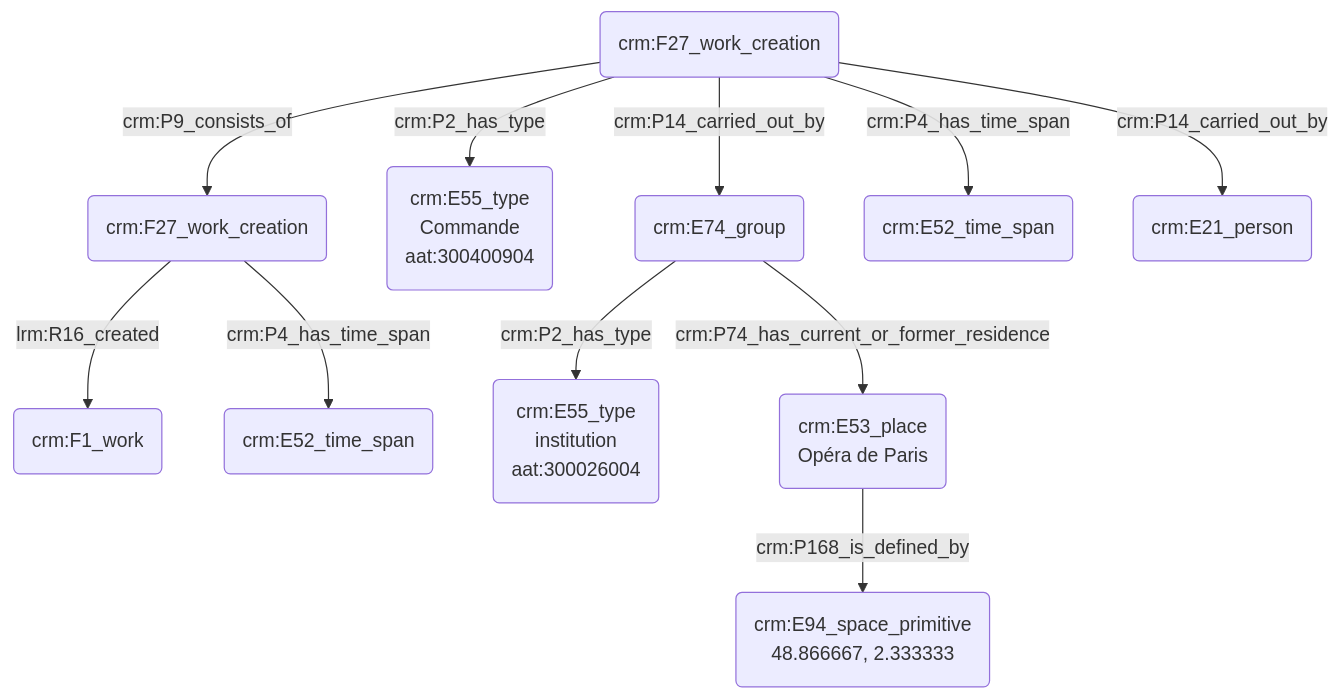
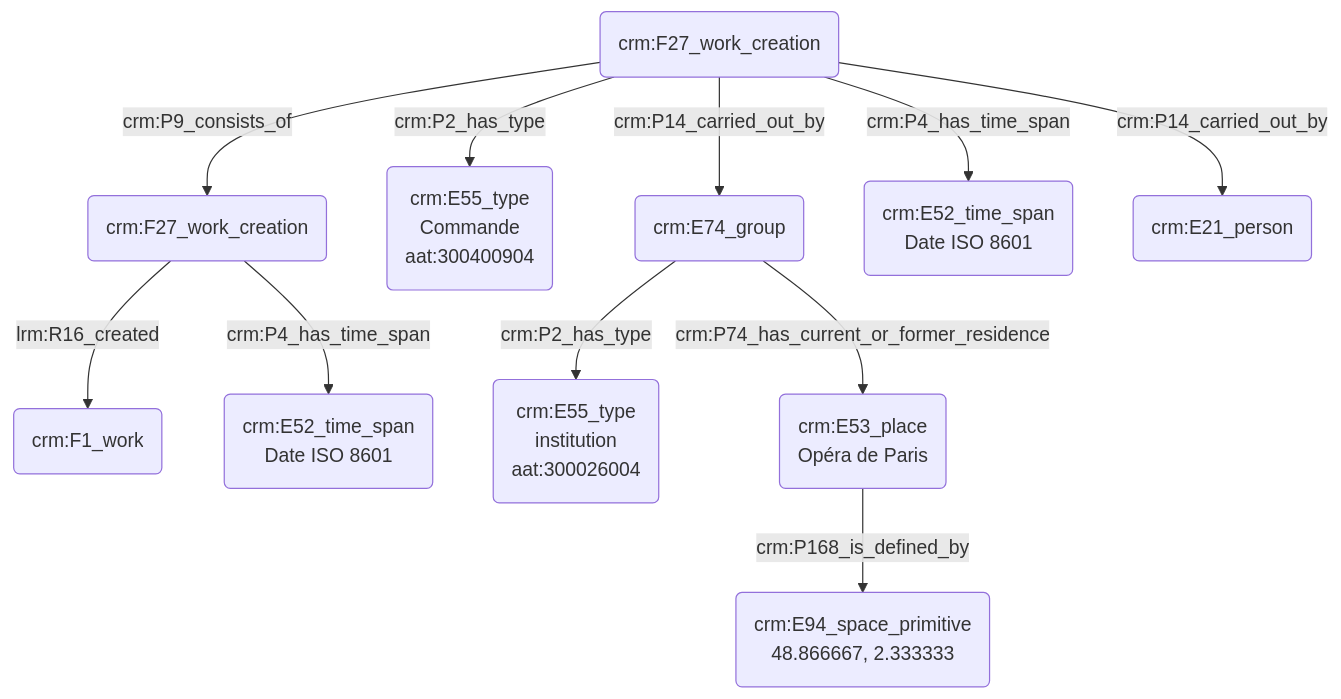
The diagram in modules/livrables/Dossier 2/Indexation conceptuelle/commanditaire d'une œuvre.md (Amleth/consortium-musica2-gt2-ontologies), drawn with Mermaid before and after one commit.

Commit message:
Update commanditaire d'une œuvre.md

````diff
--- a/modules/livrables/Dossier 2/Indexation conceptuelle/commanditaire d'une œuvre.md
+++ b/modules/livrables/Dossier 2/Indexation conceptuelle/commanditaire d'une œuvre.md
@@ -17,18 +17,18 @@
 ```mermaid
 graph TD;
 
 A(crm:F27_work_creation) --> |lrm:R16_created| B(crm:F1_work)
-A(crm:F27_work_creation) --> |crm:P4_has_time_span| J(crm:E52_time_span)
+A(crm:F27_work_creation) --> |crm:P4_has_time_span| J(crm:E52_time_span<br>Date ISO 8601)
 
 C(crm:E7_activity) -->|crm:P9_consists_of| A(crm:F27_work_creation)
 C(crm:E7_activity) --> |crm:P2_has_type| D(crm:E55_type<br>Commande<br>aat:300400904)
 C(crm:E7_activity) --> |crm:P14_carried_out_by| E(crm:E74_group)
-C(crm:E7_activity) --> |crm:P4_has_time_span| K(crm:E52_time_span)
+C(crm:E7_activity) --> |crm:P4_has_time_span| K(crm:E52_time_span<br>Date ISO 8601)
 E(crm:E74_group) -->|crm:P2_has_type| F(crm:E55_type<br>institution<br>aat:300026004)
 E(crm:E74_group) --> |crm:P74_has_current_or_former_residence| I(crm:E53_place<br>Opéra de Paris)
 I(crm:E53_place<br>Opéra de Paris) --> |crm:P168_is_defined_by| G(crm:E94_space_primitive
 48.866667, 2.333333)
 C(crm:F27_work_creation) --> |crm:P14_carried_out_by| H(crm:E21_person<John Doe)
 
 
 ```
````
